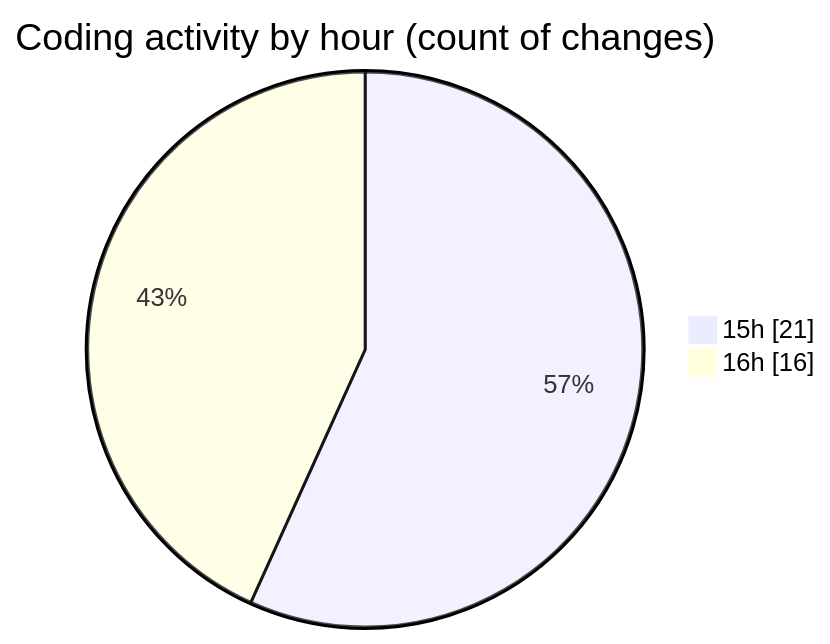
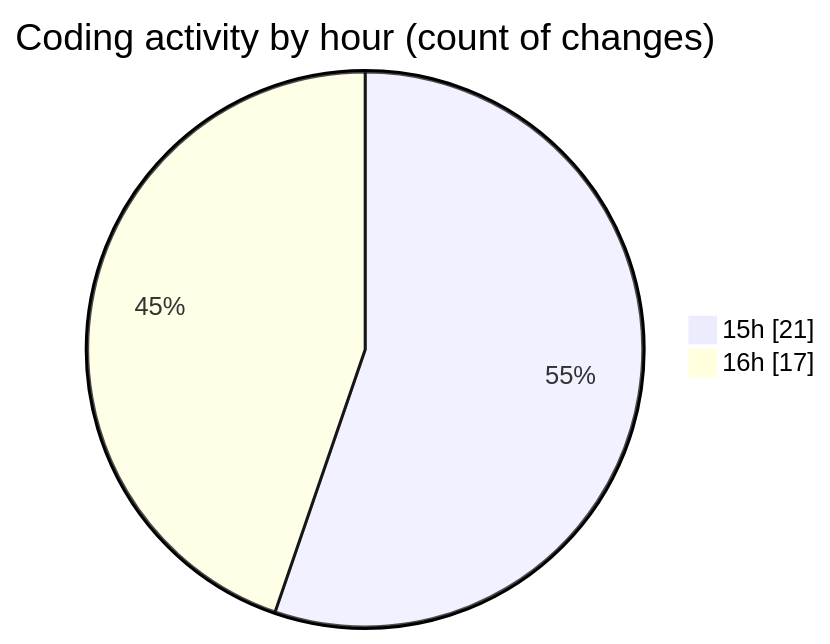
One commit to NitaiMahat/code-tracking changed the second of 2 diagrams in 2025-01-26/results-summary-component-main/README.md. Above: the diagram before and after it, drawn with Mermaid. The commit also changed other lines of this file and 1 other file, not shown here.

````diff
--- a/2025-01-26/results-summary-component-main/README.md
+++ b/2025-01-26/results-summary-component-main/README.md
@@ -30,6 +30,6 @@
 ```mermaid
 pie showData
 title Coding activity by hour (count of changes)
 "15h" : 21
-"16h" : 16
+"16h" : 17
 ```
````
